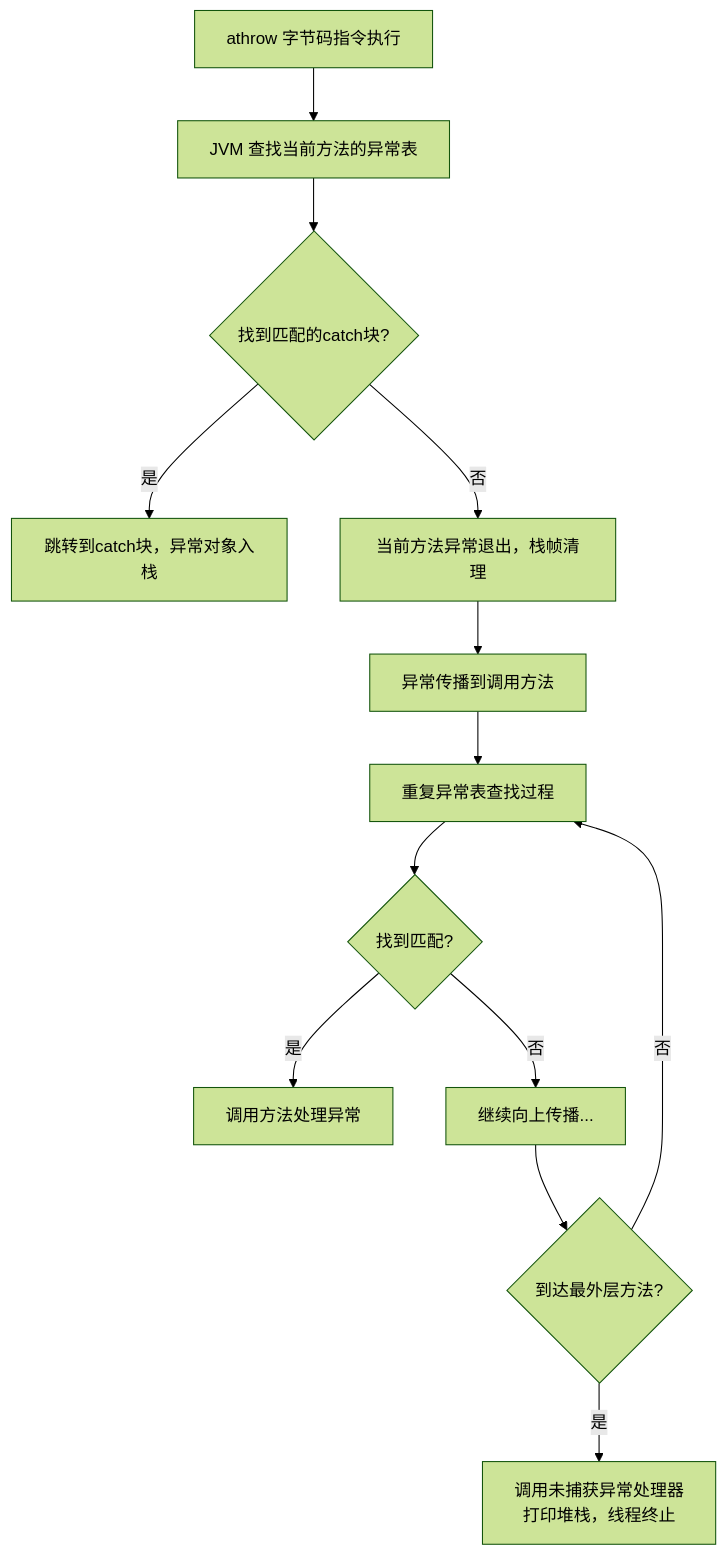
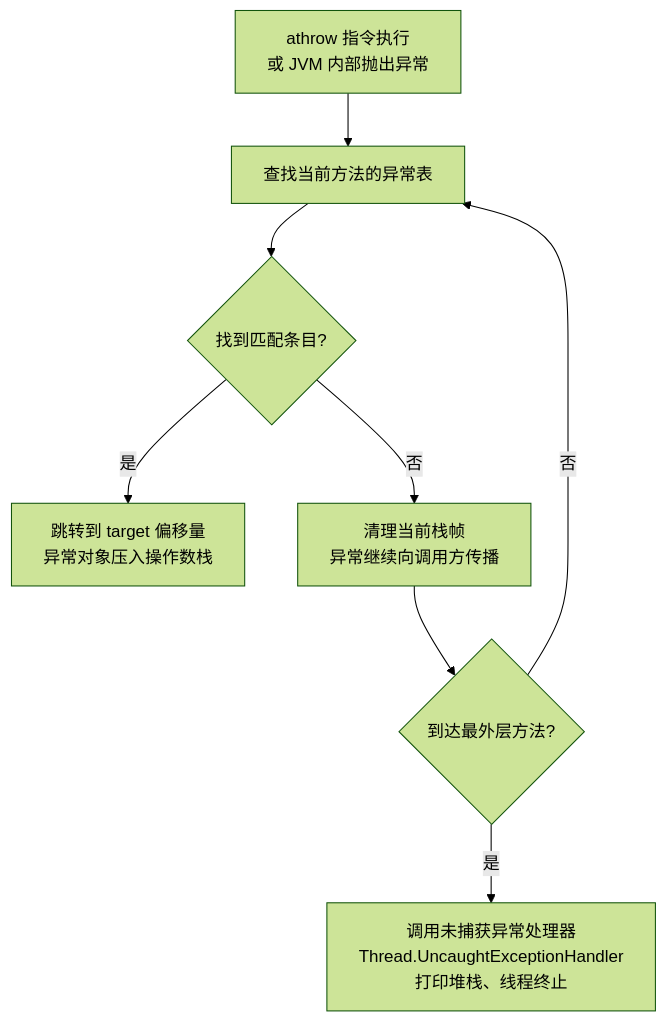
Before and after one commit to b1tzer/b1tzer.github.io: the third of 3 diagrams in docs/01-java-basic/05-异常处理.md, drawn with Mermaid (forest theme). The commit also changed other lines of this file and 15 other files, not shown here.

````diff
--- a/docs/01-java-basic/05-异常处理.md
+++ b/docs/01-java-basic/05-异常处理.md
@@ -435,15 +383,10 @@
 ```mermaid
 flowchart TD
-    A["athrow 字节码指令执行"] --> B["JVM 查找当前方法的异常表"]
-    B --> C{"找到匹配的catch块?"}
-    C -->|是| D["跳转到catch块，异常对象入栈"]
-    C -->|否| E["当前方法异常退出，栈帧清理"]
-    E --> F["异常传播到调用方法"]
-    F --> G["重复异常表查找过程"]
-    G --> H{"找到匹配?"}
-    H -->|是| I["调用方法处理异常"]
-    H -->|否| J["继续向上传播..."]
-    J --> K{"到达最外层方法?"}
-    K -->|是| L["调用未捕获异常处理器<br/>打印堆栈，线程终止"]
-    K -->|否| G
+    A["athrow 指令执行<br/>或 JVM 内部抛出异常"] --> B["查找当前方法的异常表"]
+    B --> C{"找到匹配条目?"}
+    C -->|是| D["跳转到 target 偏移量<br/>异常对象压入操作数栈"]
+    C -->|否| E["清理当前栈帧<br/>异常继续向调用方传播"]
+    E --> F{"到达最外层方法?"}
+    F -->|否| B
+    F -->|是| G["调用未捕获异常处理器<br/>Thread.UncaughtExceptionHandler<br/>打印堆栈、线程终止"]
 ```
````
